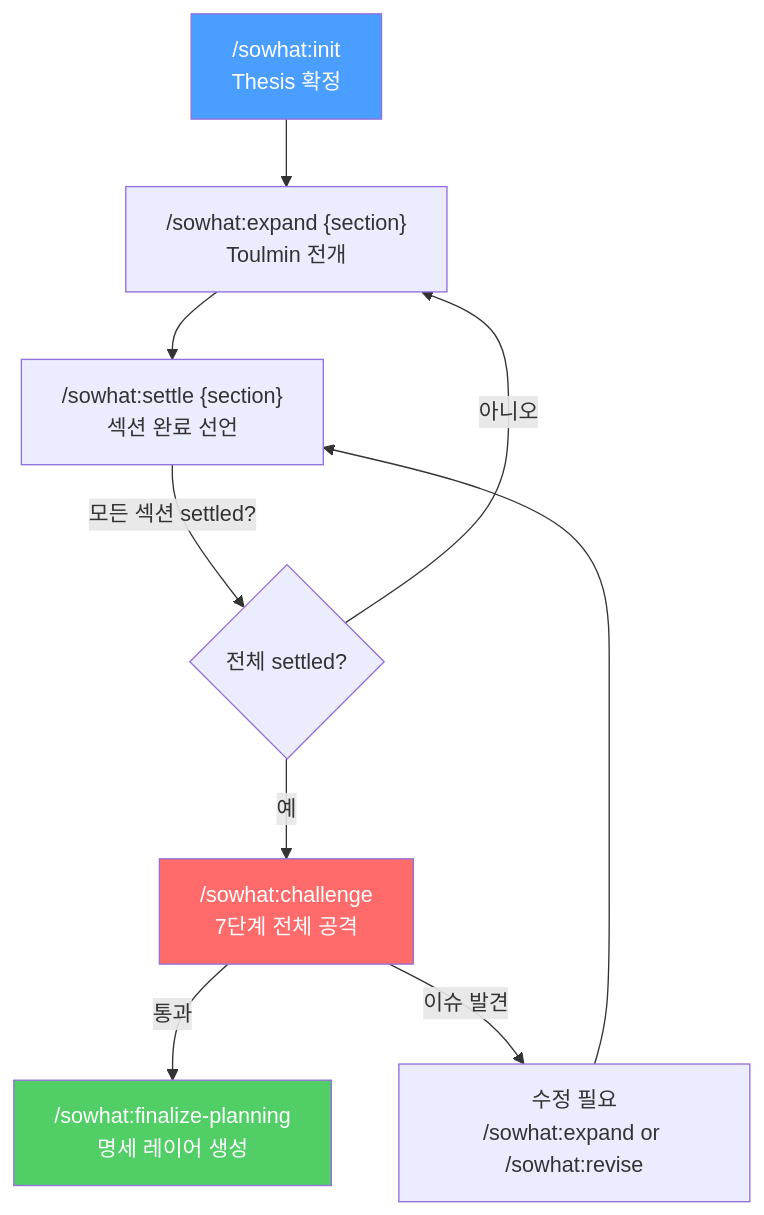
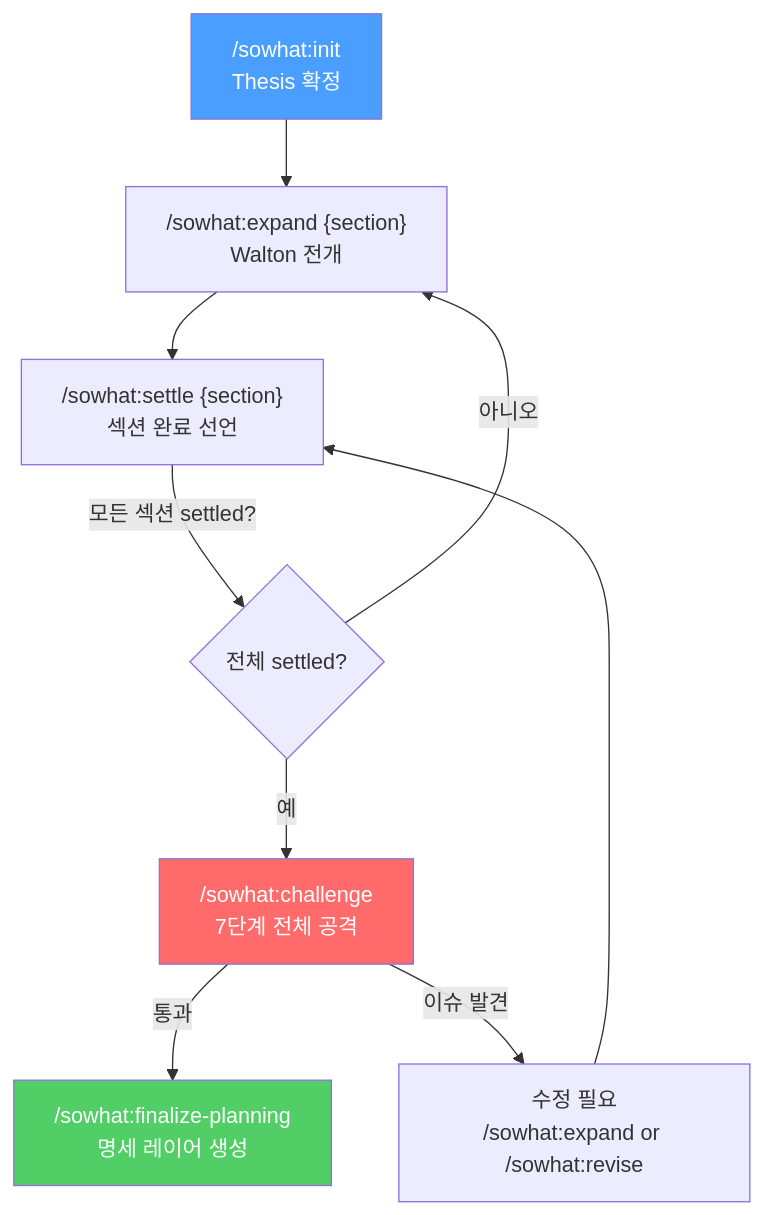
Before and after one commit to skadudd/sowhat: the first of 4 diagrams in .claude/sowhat-core/references/command-flow.md, drawn with Mermaid. The commit also changed 28 other files, not shown here.

First line of the commit message:
fix(sowhat): Phase 8 — Toulmin·Pragma·GSD 잔존 참조 전면 정리

````diff
--- a/.claude/sowhat-core/references/command-flow.md
+++ b/.claude/sowhat-core/references/command-flow.md
@@ -5,15 +5,15 @@
 ```mermaid
 flowchart TD
-    INIT["/sowhat:init<br/>Thesis 확정"] --> EXPAND["/sowhat:expand {section}<br/>Toulmin 전개"]
+    INIT["/sowhat:init<br/>Thesis 확정"] --> EXPAND["/sowhat:expand {section}<br/>Walton 전개"]
     EXPAND --> SETTLE["/sowhat:settle {section}<br/>섹션 완료 선언"]
     SETTLE --> |"모든 섹션 settled?"| CHECK{전체 settled?}
     CHECK --> |"아니오"| EXPAND
     CHECK --> |"예"| CHALLENGE["/sowhat:challenge<br/>7단계 전체 공격"]
     CHALLENGE --> |"통과"| FP["/sowhat:finalize-planning<br/>명세 레이어 생성"]
     CHALLENGE --> |"이슈 발견"| FIX_PLAN["수정 필요<br/>/sowhat:expand or /sowhat:revise"]
     FIX_PLAN --> SETTLE
 
     style INIT fill:#4a9eff,color:#fff
     style CHALLENGE fill:#ff6b6b,color:#fff
     style FP fill:#51cf66,color:#fff
 ```
````
